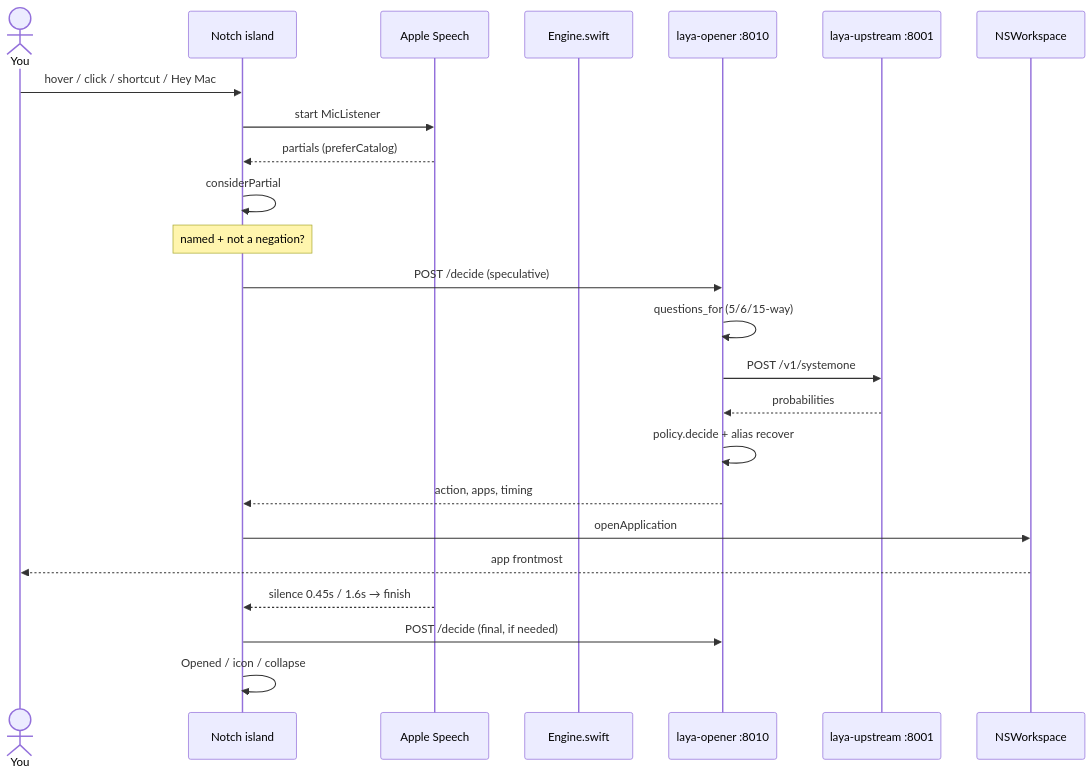
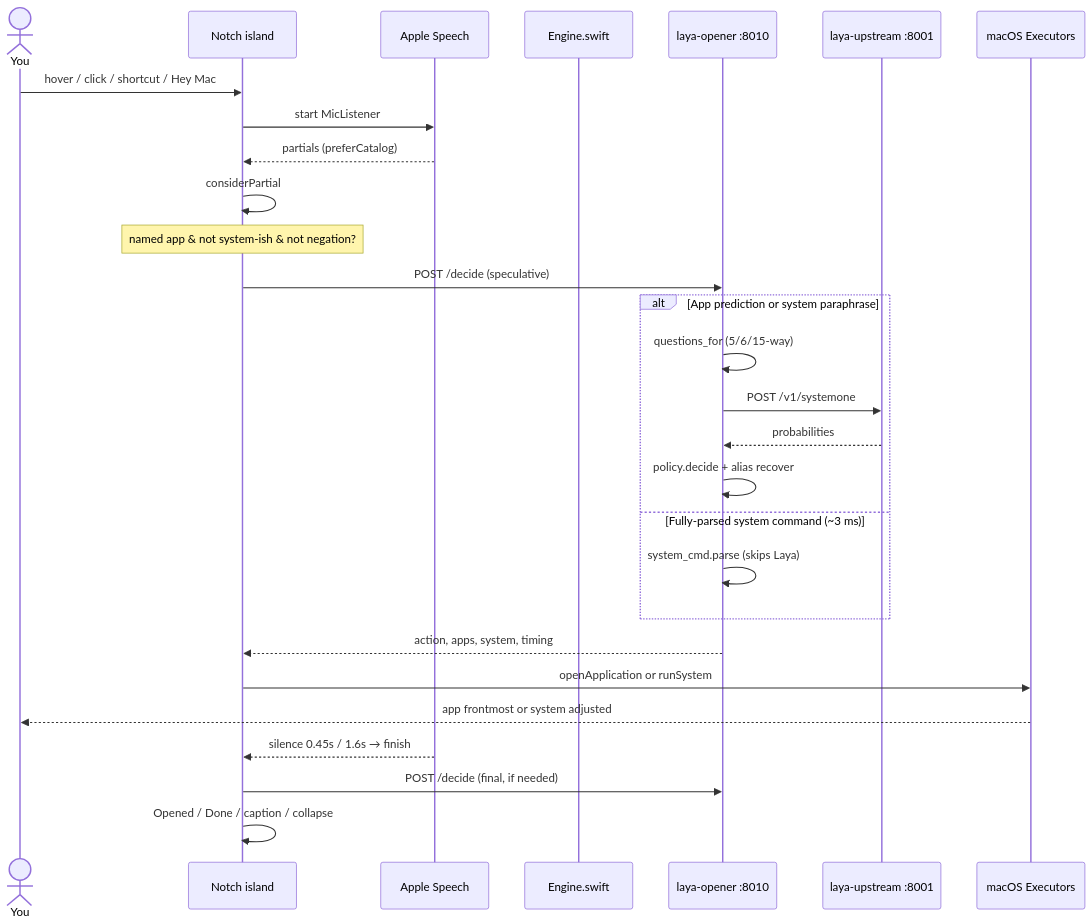
Before and after one commit to AshutoshKY/sayso: the second of 2 diagrams in docs/how-it-works.md, drawn with Mermaid. The commit also changed other lines of this file and 16 other files, not shown here.

First line of the commit message:
docs: remove flow.svg and update architecture flows, metrics, and Sayso rebrand

````diff
--- a/docs/how-it-works.md
+++ b/docs/how-it-works.md
@@ -564,27 +590,31 @@
 ```mermaid
 sequenceDiagram
   actor You
   participant Island as Notch island
   participant Speech as Apple Speech
   participant Engine as Engine.swift
   participant Opener as laya-opener :8010
   participant Laya as laya-upstream :8001
-  participant Mac as NSWorkspace
+  participant Mac as macOS Executors
 
   You->>Island: hover / click / shortcut / Hey Mac
   Island->>Speech: start MicListener
   Speech-->>Island: partials (preferCatalog)
   Island->>Island: considerPartial
-  Note over Island: named + not a negation?
+  Note over Island: named app & not system-ish & not negation?
   Island->>Opener: POST /decide (speculative)
-  Opener->>Opener: questions_for (5/6/15-way)
-  Opener->>Laya: POST /v1/systemone
-  Laya-->>Opener: probabilities
-  Opener->>Opener: policy.decide + alias recover
-  Opener-->>Island: action, apps, timing
-  Island->>Mac: openApplication
-  Mac-->>You: app frontmost
+  alt App prediction or system paraphrase
+    Opener->>Opener: questions_for (5/6/15-way)
+    Opener->>Laya: POST /v1/systemone
+    Laya-->>Opener: probabilities
+    Opener->>Opener: policy.decide + alias recover
+  else Fully-parsed system command (~3 ms)
+    Opener->>Opener: system_cmd.parse (skips Laya)
+  end
+  Opener-->>Island: action, apps, system, timing
+  Island->>Mac: openApplication or runSystem
+  Mac-->>You: app frontmost or system adjusted
   Speech-->>Island: silence 0.45s / 1.6s → finish
   Island->>Opener: POST /decide (final, if needed)
-  Island->>Island: Opened / icon / collapse
+  Island->>Island: Opened / Done / caption / collapse
 ```
````
